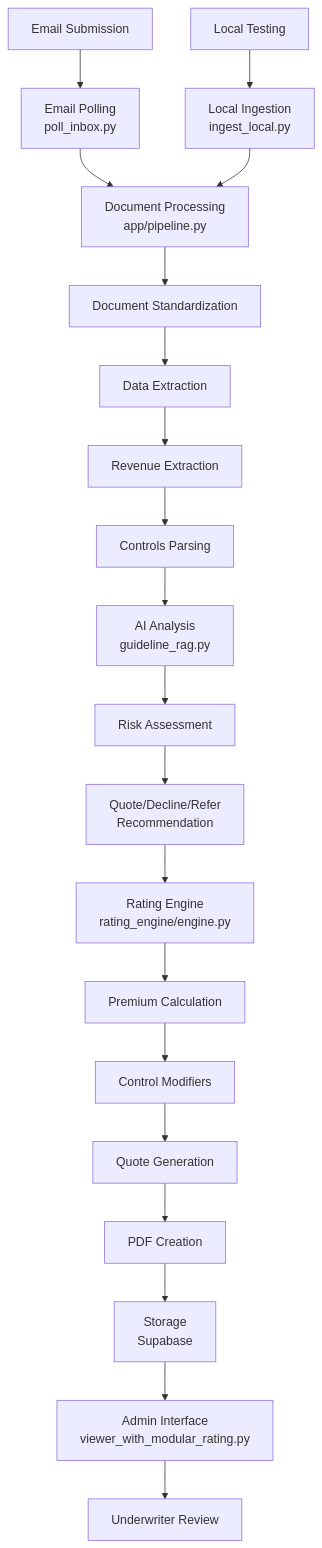
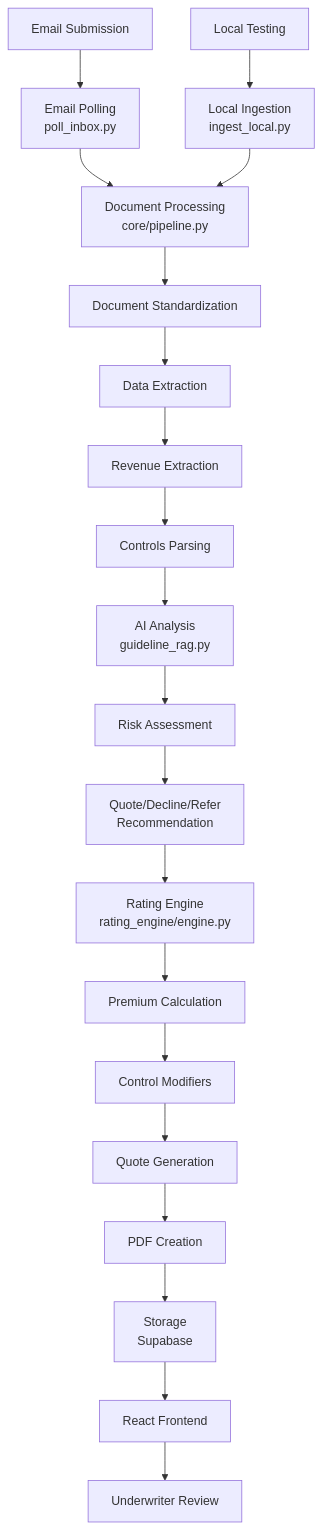
The first of 2 diagrams in docs/architecture.md (lcalmvr/sub_assistant), drawn with Mermaid before and after one commit. The commit also changed other lines of this file and 2 other files, not shown here.

````diff
--- a/docs/architecture.md
+++ b/docs/architecture.md
@@ -9,28 +9,28 @@
 ```mermaid
 graph TD
     A[Email Submission] --> B[Email Polling<br/>poll_inbox.py]
     C[Local Testing] --> D[Local Ingestion<br/>ingest_local.py]
     
-    B --> E[Document Processing<br/>app/pipeline.py]
+    B --> E[Document Processing<br/>core/pipeline.py]
     D --> E
     
     E --> F[Document Standardization]
     F --> G[Data Extraction]
     G --> H[Revenue Extraction]
     H --> I[Controls Parsing]
     
     I --> J[AI Analysis<br/>guideline_rag.py]
     J --> K[Risk Assessment]
     K --> L[Quote/Decline/Refer<br/>Recommendation]
     
     L --> M[Rating Engine<br/>rating_engine/engine.py]
     M --> N[Premium Calculation]
     N --> O[Control Modifiers]
     
     O --> P[Quote Generation]
     P --> Q[PDF Creation]
     Q --> R[Storage<br/>Supabase]
     
-    R --> S[Admin Interface<br/>viewer_with_modular_rating.py]
+    R --> S[React Frontend]
     S --> T[Underwriter Review]
 ```
````
